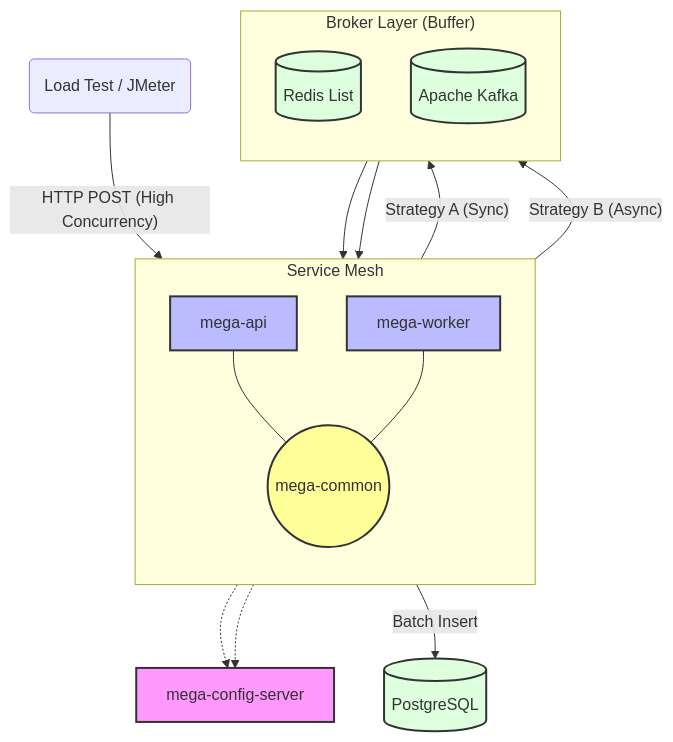
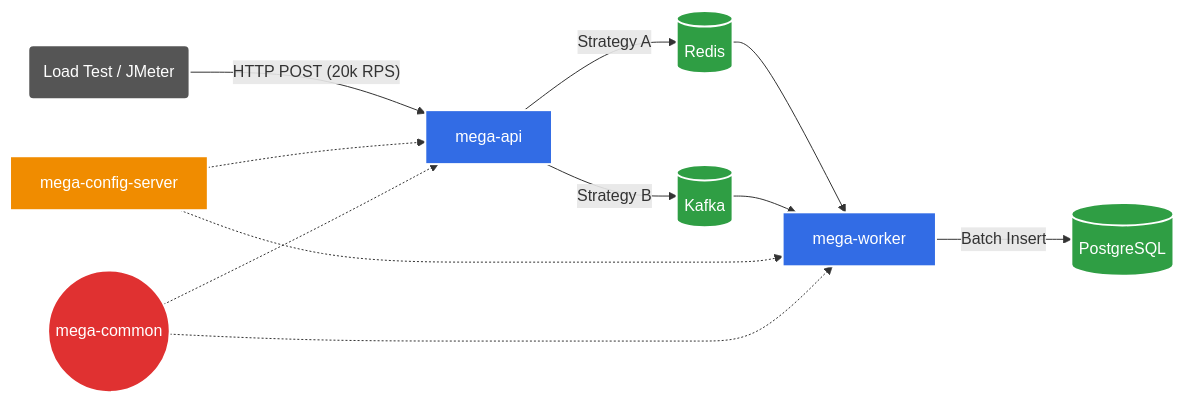
One commit to LeCo851/mega-da-virada-system changed the diagram in README.md. Above: the diagram before and after it, drawn with Mermaid.

Commit message:
feat: ajuste no README.md

````diff
--- a/README.md
+++ b/README.md
@@ -23,43 +23,44 @@
 ```mermaid
-flowchart TD
-    %% Infraestrutura
+flowchart LR
+    %% Estilos (High Contrast para Dark/Light Mode)
+    classDef service fill:#326ce5,stroke:#fff,stroke-width:2px,color:#fff;
+    classDef infra fill:#f08c00,stroke:#fff,stroke-width:2px,color:#fff;
+    classDef db fill:#2f9e44,stroke:#fff,stroke-width:2px,color:#fff;
+    classDef lib fill:#e03131,stroke:#fff,stroke-width:2px,color:#fff;
+    classDef client fill:#555,stroke:#fff,stroke-width:2px,color:#fff;
+
+    %% Nós Principais
+    Client(Load Test / JMeter):::client
+    API[mega-api]:::service
+    Worker[mega-worker]:::service
+    
+    %% Banco de Dados e Brokers
+    Redis[(Redis)]:::db
+    Kafka[(Kafka)]:::db
+    Postgres[(PostgreSQL)]:::db
+
+    %% Infra e Libs (Auxiliares)
     Config[mega-config-server]:::infra
+    Common((mega-common)):::lib
+
+    %% --- FLUXO PRINCIPAL ---
+    Client -- "HTTP POST (20k RPS)" --> API
     
-    %% Clients
-    Client(Load Test / JMeter) -- "HTTP POST (High Concurrency)" --> API
+    %% Estratégias
+    API -- "Strategy A" --> Redis
+    API -- "Strategy B" --> Kafka
     
-    %% Services
-    subgraph "Service Mesh"
-        direction TB
-        Common((mega-common)):::lib
-        API[mega-api]:::service
-        Worker[mega-worker]:::service
-    end
-
-    %% Dependências
-    API -.-> Config
-    Worker -.-> Config
-    API --- Common
-    Worker --- Common
-
-    %% Broker Layer
-    subgraph "Broker Layer (Buffer)"
-        direction TB
-        Redis[(Redis List)]:::db
-        Kafka[(Apache Kafka)]:::db
-    end
-    
-    %% Fluxo de Dados
-    API -- "Strategy A (Sync)" --> Redis
-    API -- "Strategy B (Async)" --> Kafka
-    
+    %% Consumo
     Redis --> Worker
     Kafka --> Worker
     
-    Worker -- "Batch Insert" --> DB[(PostgreSQL)]:::db
+    %% Persistência
+    Worker -- "Batch Insert" --> Postgres
 
-    classDef infra fill:#f9f,stroke:#333,stroke-width:2px;
-    classDef service fill:#bbf,stroke:#333,stroke-width:2px;
-    classDef lib fill:#ff9,stroke:#333,stroke-width:2px;
-    classDef db fill:#dfd,stroke:#333,stroke-width:2px;
+    %% --- DEPENDÊNCIAS (Linhas Pontilhadas) ---
+    Config -.-> API
+    Config -.-> Worker
+    
+    Common -.-> API
+    Common -.-> Worker
 ```
````
